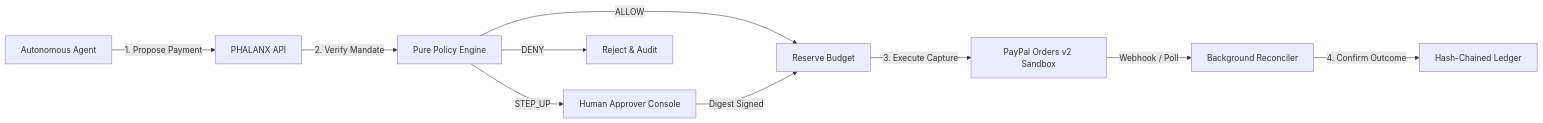
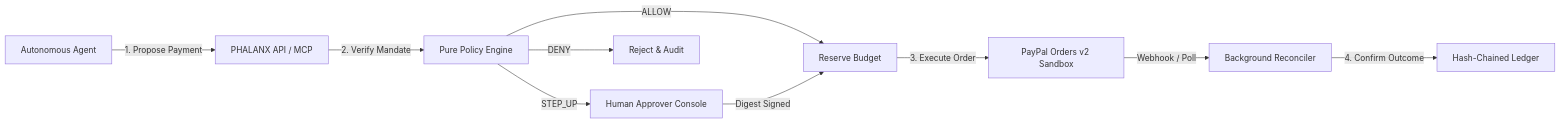
Before and after one commit to maitray-agrawal/PHALANX: the diagram in README.md, drawn with Mermaid. The commit also changed other lines of this file, not shown here.

````diff
--- a/README.md
+++ b/README.md
@@ -35,12 +39,12 @@
 ```mermaid
 flowchart LR
-    A["Autonomous Agent"] -->|"1. Propose Payment"| B["PHALANX API"]
+    A["Autonomous Agent"] -->|"1. Propose Payment"| B["PHALANX API / MCP"]
     B -->|"2. Verify Mandate"| C["Pure Policy Engine"]
     C -->|"ALLOW"| D["Reserve Budget"]
     C -->|"STEP_UP"| E["Human Approver Console"]
     C -->|"DENY"| F["Reject & Audit"]
     E -->|"Digest Signed"| D
-    D -->|"3. Execute Capture"| G["PayPal Orders v2 Sandbox"]
+    D -->|"3. Execute Order"| G["PayPal Orders v2 Sandbox"]
     G -->|"Webhook / Poll"| H["Background Reconciler"]
     H -->|"4. Confirm Outcome"| I["Hash-Chained Ledger"]
 ```
````
